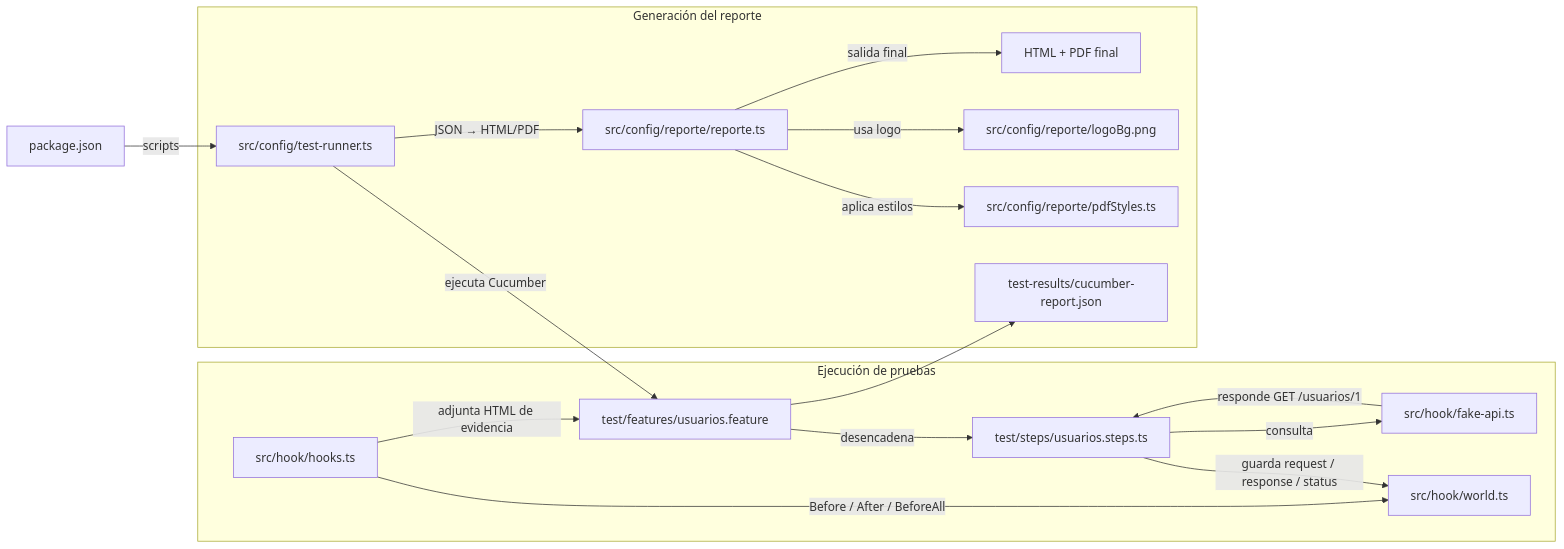
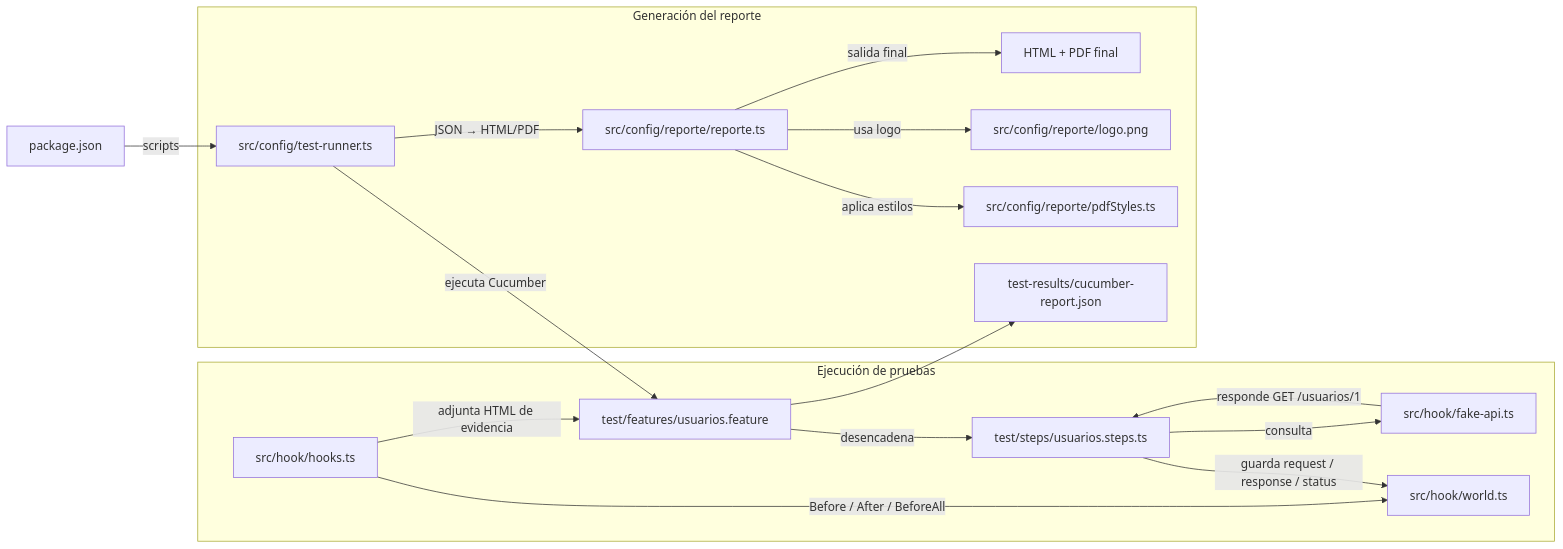
Before and after one commit to rfbaque/cucumber-report: the diagram in README.md, drawn with Mermaid.

Commit message:
Update logo file path in README.md

````diff
--- a/README.md
+++ b/README.md
@@ -75,36 +75,36 @@
 ```mermaid
 flowchart LR
     Package["package.json"]
 
     subgraph E1["Ejecución de pruebas"]
         Feature["test/features/usuarios.feature"]
         Steps["test/steps/usuarios.steps.ts"]
         Hook["src/hook/hooks.ts"]
         FakeAPI["src/hook/fake-api.ts"]
         World["src/hook/world.ts"]
     end
 
     subgraph E2["Generación del reporte"]
         Runner["src/config/test-runner.ts"]
         JSON["test-results/cucumber-report.json"]
         Report["src/config/reporte/reporte.ts"]
         Styles["src/config/reporte/pdfStyles.ts"]
-        Logo["src/config/reporte/logoBg.png"]
+        Logo["src/config/reporte/logo.png"]
         Result["HTML + PDF final"]
     end
 
     Package -->|scripts| Runner
     Feature -->|desencadena| Steps
     Hook -->|Before / After / BeforeAll| World
     Steps -->|guarda request / response / status| World
     Steps -->|consulta| FakeAPI
     FakeAPI -->|responde GET /usuarios/1| Steps
     Hook -->|adjunta HTML de evidencia| Feature
 
     Runner -->|ejecuta Cucumber| Feature
     Feature --> JSON
     Runner -->|JSON → HTML/PDF| Report
     Report -->|aplica estilos| Styles
     Report -->|usa logo| Logo
     Report -->|salida final| Result
 ```
````
